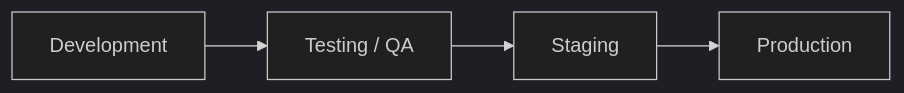
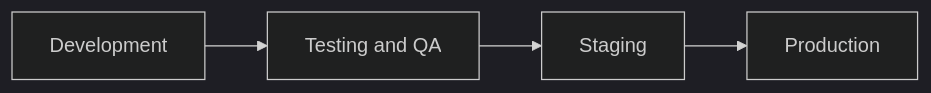
The fifth of 5 diagrams in docs/learning/foundations/sdlc-methodologies.md (AthiraMohan14/Complete-Java-Resource-PlayBook), drawn with Mermaid (dark theme) before and after one commit. The commit also changed other lines of this file and 174 other files, not shown here.

````diff
--- a/docs/learning/foundations/sdlc-methodologies.md
+++ b/docs/learning/foundations/sdlc-methodologies.md
@@ -150,6 +183,6 @@
 ```mermaid
 flowchart LR
-    DEV[Development] --> QA[Testing / QA]
+    DEV[Development] --> QA[Testing and QA]
     QA --> STG[Staging]
     STG --> PROD[Production]
 ```
````
